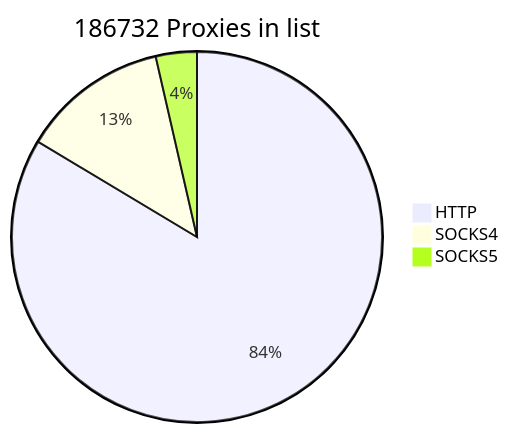
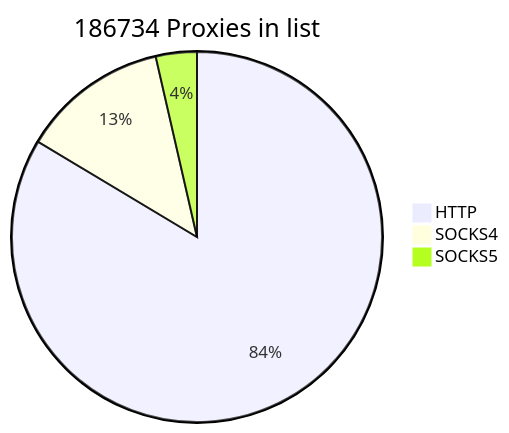
The first of 2 diagrams in README.md (cutipu/proxylist), drawn with Mermaid before and after one commit. The commit also changed other lines of this file, not shown here.

````diff
--- a/README.md
+++ b/README.md
@@ -2,7 +2,7 @@
 ```mermaid
-pie title 186732 Proxies in list
+pie title 186734 Proxies in list
     "HTTP" : 156093
-    "SOCKS4" : 23950
-    "SOCKS5" : 6689
+    "SOCKS4" : 23951
+    "SOCKS5" : 6690
             
 ```
````
